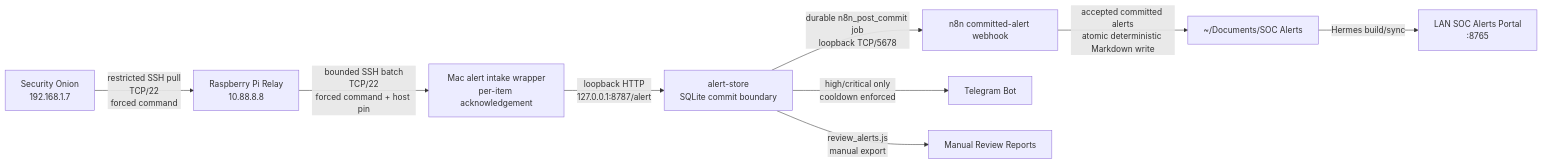
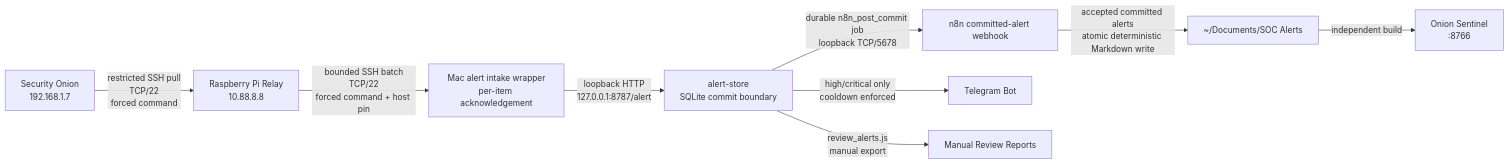
The first of 5 diagrams in docs/security-onion-relay-architecture.md (ArronJablonowski/OnionSentinel), drawn with Mermaid before and after one commit. The commit also changed other lines of this file and 40 other files, not shown here.

````diff
--- a/docs/security-onion-relay-architecture.md
+++ b/docs/security-onion-relay-architecture.md
@@ -52,11 +52,11 @@
 ```mermaid
 flowchart LR
   SO["Security Onion<br/>192.168.1.7"] -->|"restricted SSH pull<br/>TCP/22<br/>forced command"| PI["Raspberry Pi Relay<br/>10.88.8.8"]
   PI -->|"bounded SSH batch<br/>TCP/22<br/>forced command + host pin"| INTAKE["Mac alert intake wrapper<br/>per-item acknowledgement"]
   INTAKE -->|"loopback HTTP<br/>127.0.0.1:8787/alert"| STORE["alert-store<br/>SQLite commit boundary"]
   STORE -->|"durable n8n_post_commit job<br/>loopback TCP/5678"| N8N["n8n committed-alert webhook"]
   STORE -->|"high/critical only<br/>cooldown enforced"| TG["Telegram Bot"]
   N8N -->|"accepted committed alerts<br/>atomic deterministic Markdown write"| MD["~/Documents/SOC Alerts"]
   STORE -->|"review_alerts.js<br/>manual export"| OBS["Manual Review Reports"]
-  MD -->|"Hermes build/sync"| PORTAL["LAN SOC Alerts Portal<br/>:8765"]
+  MD -->|"independent build"| DASH["Onion Sentinel<br/>:8766"]
 ```
````
